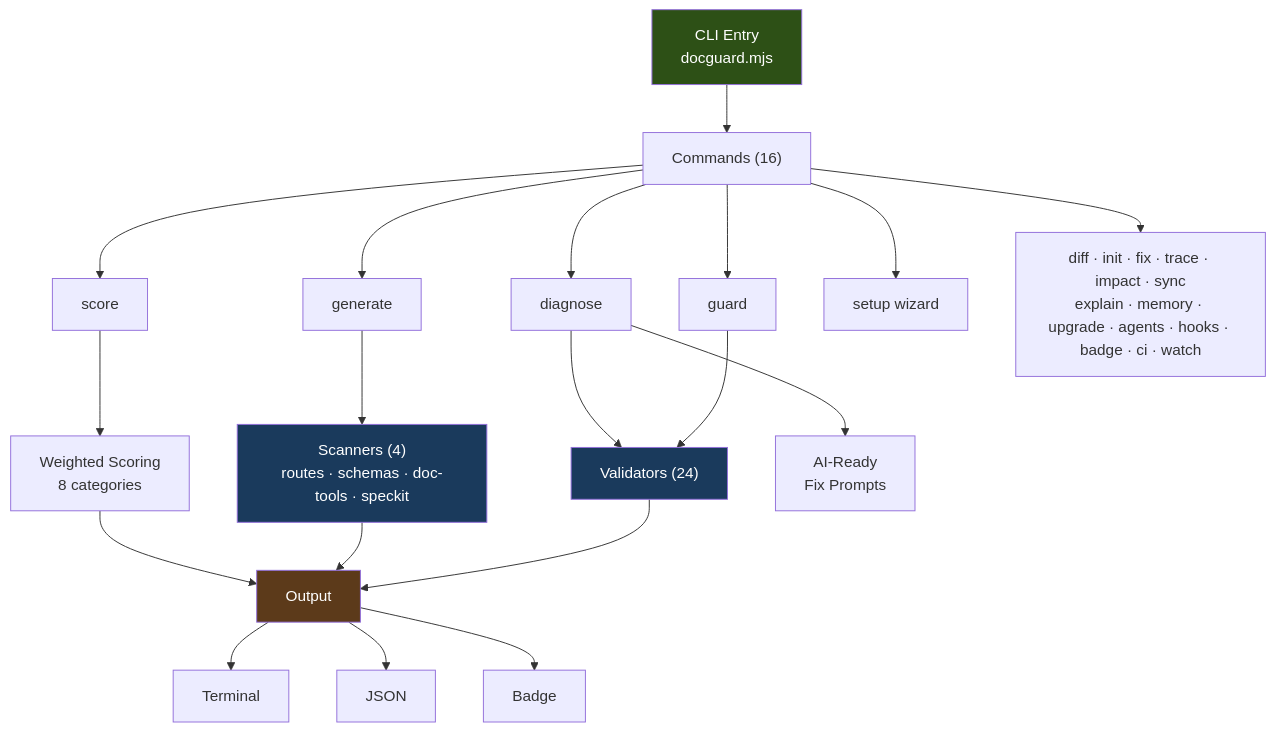
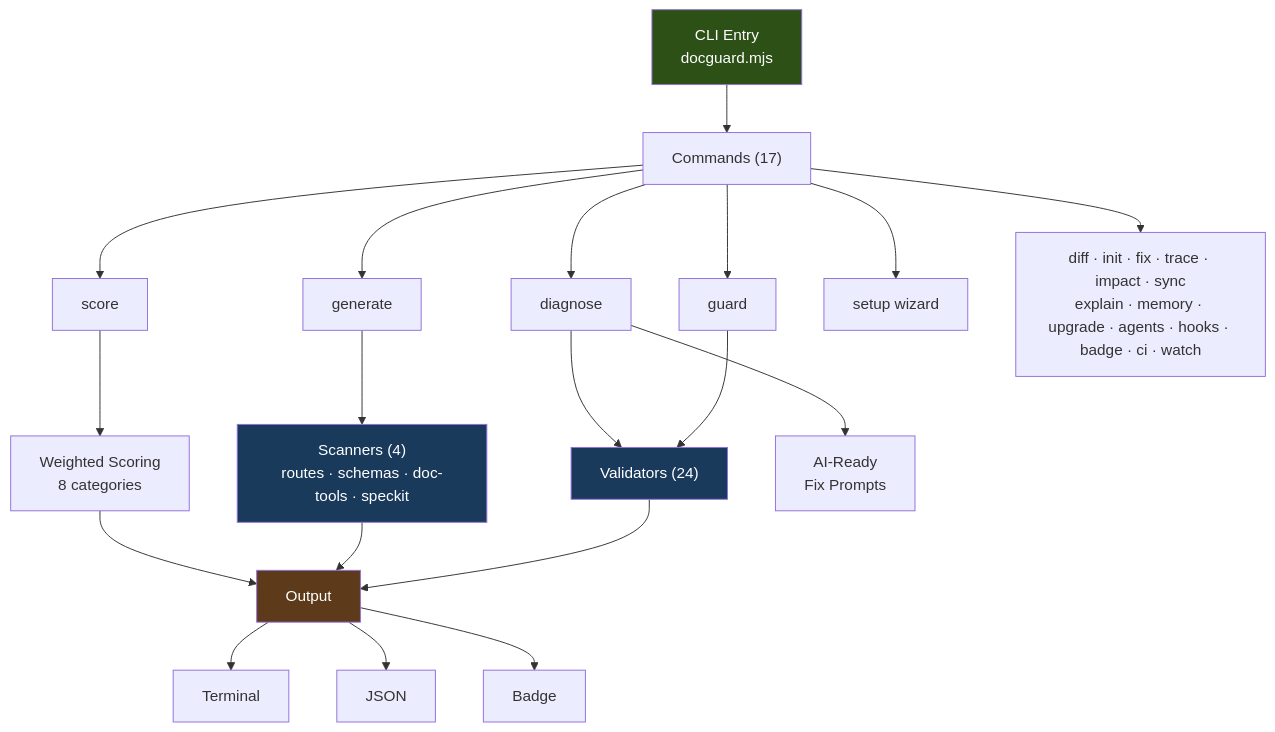
Before and after one commit to raccioly/docguard: the diagram in README.md, drawn with Mermaid. The commit also changed other lines of this file and 32 other files, not shown here.

````diff
--- a/README.md
+++ b/README.md
@@ -64,28 +64,28 @@
 ```mermaid
 graph TD
-    CLI["CLI Entry<br/>docguard.mjs"] --> Commands["Commands (16)"]
+    CLI["CLI Entry<br/>docguard.mjs"] --> Commands["Commands (17)"]
     Commands --> guard["guard"]
     Commands --> generate["generate"]
     Commands --> score["score"]
     Commands --> diagnose["diagnose"]
     Commands --> setup["setup wizard"]
     Commands --> other["diff · init · fix · trace · impact · sync<br/>explain · memory · upgrade · agents · hooks · badge · ci · watch"]
 
     guard --> Validators["Validators (24)"]
     generate --> Scanners["Scanners (4)<br/>routes · schemas · doc-tools · speckit"]
     score --> Scoring["Weighted Scoring<br/>8 categories"]
     diagnose --> Validators
     diagnose --> AIPrompts["AI-Ready<br/>Fix Prompts"]
 
     Validators --> Output["Output"]
     Scanners --> Output
     Scoring --> Output
     Output --> Terminal["Terminal"]
     Output --> JSON["JSON"]
     Output --> Badge["Badge"]
 
     style CLI fill:#2d5016,color:#fff
     style Validators fill:#1a3a5c,color:#fff
     style Scanners fill:#1a3a5c,color:#fff
     style Output fill:#5c3a1a,color:#fff
 ```
````
